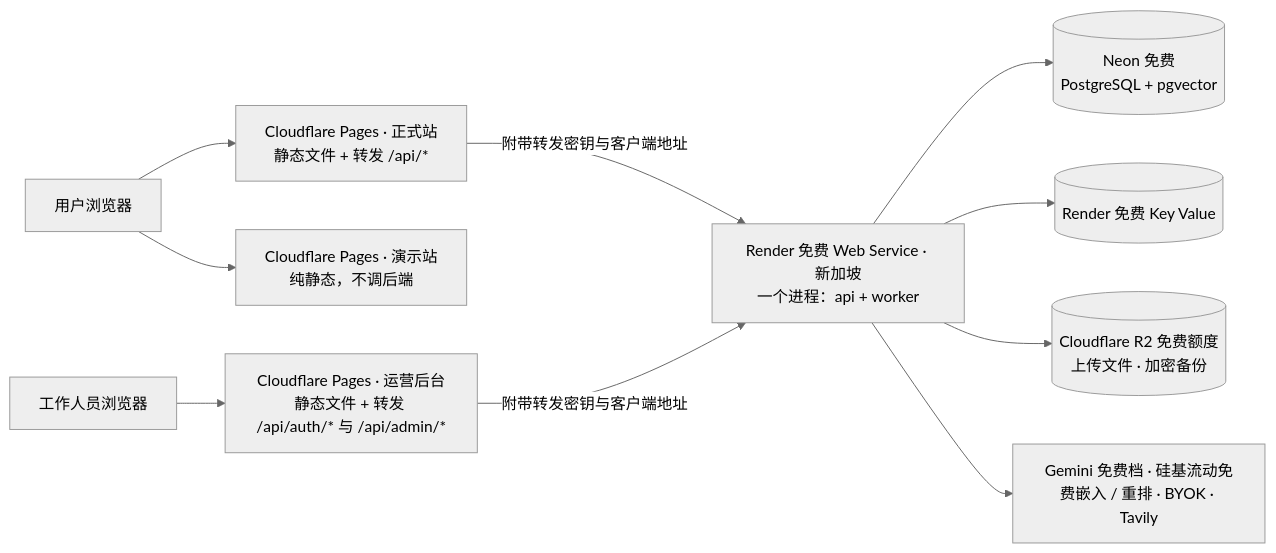
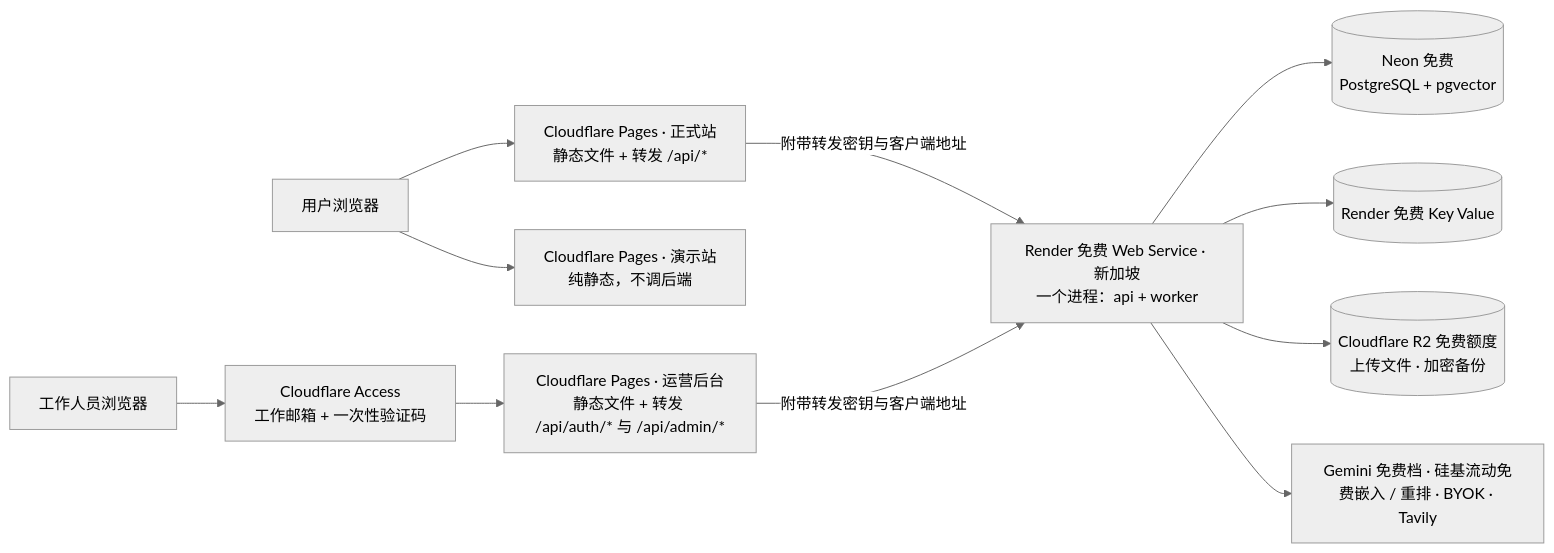
Before and after one commit to NNNoxin/mingxi_6.1: the second of 2 diagrams in docs/02-目标架构.md, drawn with Mermaid (neutral theme). The commit also changed other lines of this file and 4 other files, not shown here.

````diff
--- a/docs/02-目标架构.md
+++ b/docs/02-目标架构.md
@@ -437,12 +439,12 @@
 ```mermaid
 flowchart LR
   U[用户浏览器] --> WEBP["Cloudflare Pages · 正式站<br/>静态文件 + 转发 /api/*"]
   U --> DEMOP["Cloudflare Pages · 演示站<br/>纯静态，不调后端"]
-  S[工作人员浏览器] --> ADMINP["Cloudflare Pages · 运营后台<br/>静态文件 + 转发 /api/auth/* 与 /api/admin/*"]
+  S[工作人员浏览器] --> ACCESS["Cloudflare Access<br/>工作邮箱 + 一次性验证码"] --> ADMINP["Cloudflare Pages · 运营后台<br/>静态文件 + 转发 /api/auth/* 与 /api/admin/*"]
   WEBP -- "附带转发密钥与客户端地址" --> R1["Render 免费 Web Service · 新加坡<br/>一个进程：api + worker"]
   ADMINP -- "附带转发密钥与客户端地址" --> R1
   R1 --> NEON[(Neon 免费<br/>PostgreSQL + pgvector)]
   R1 --> KV[(Render 免费 Key Value)]
   R1 --> R2[(Cloudflare R2 免费额度<br/>上传文件 · 加密备份)]
   R1 --> MODELS[Gemini 免费档 · 硅基流动免费嵌入 / 重排 · BYOK · Tavily]
 ```
````
